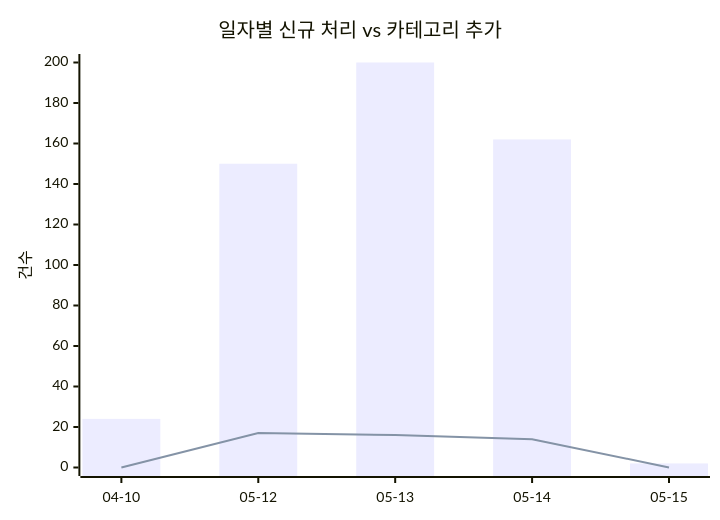
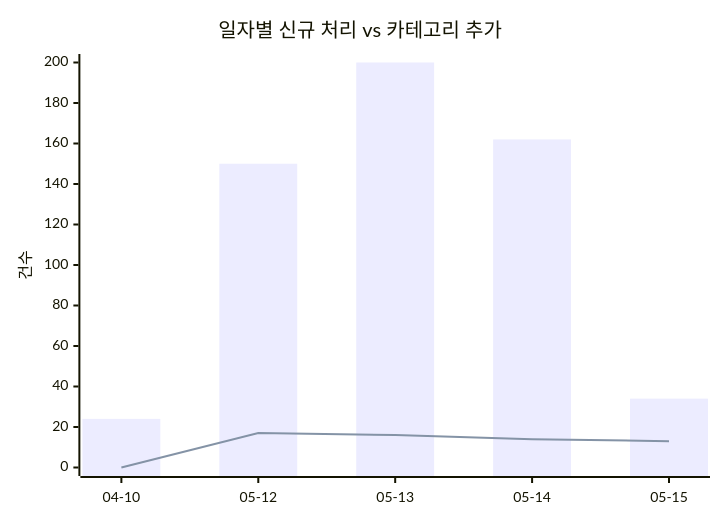
One commit to J-nowcow/awesome-korean-agent-skills changed the first of 2 diagrams in docs/trends.md. Above: the diagram before and after it, drawn with Mermaid. The commit also changed other lines of this file and 11 other files, not shown here.

````diff
--- a/docs/trends.md
+++ b/docs/trends.md
@@ -32,8 +32,8 @@
 ```mermaid
 xychart-beta
     title "일자별 신규 처리 vs 카테고리 추가"
     x-axis ["04-10","05-12","05-13","05-14","05-15"]
     y-axis "건수"
-    bar [24,150,200,162,2]
-    line [0,17,16,14,0]
+    bar [24,150,200,162,34]
+    line [0,17,16,14,13]
 ```
````
